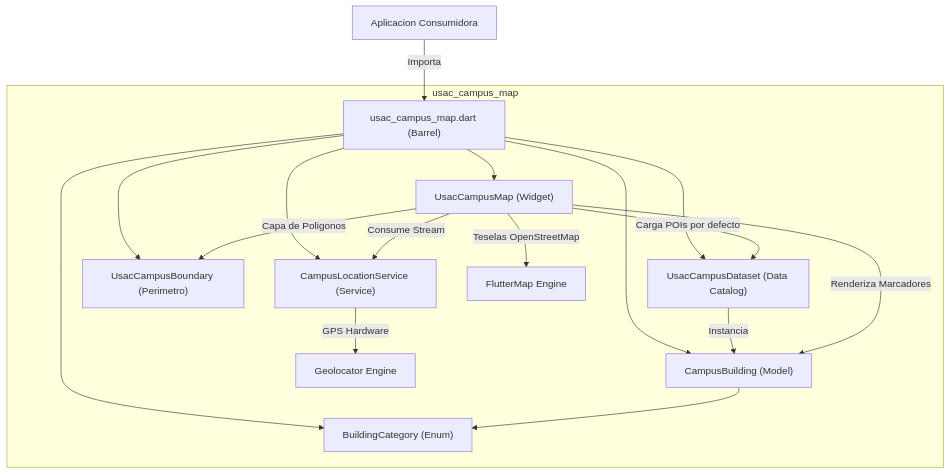
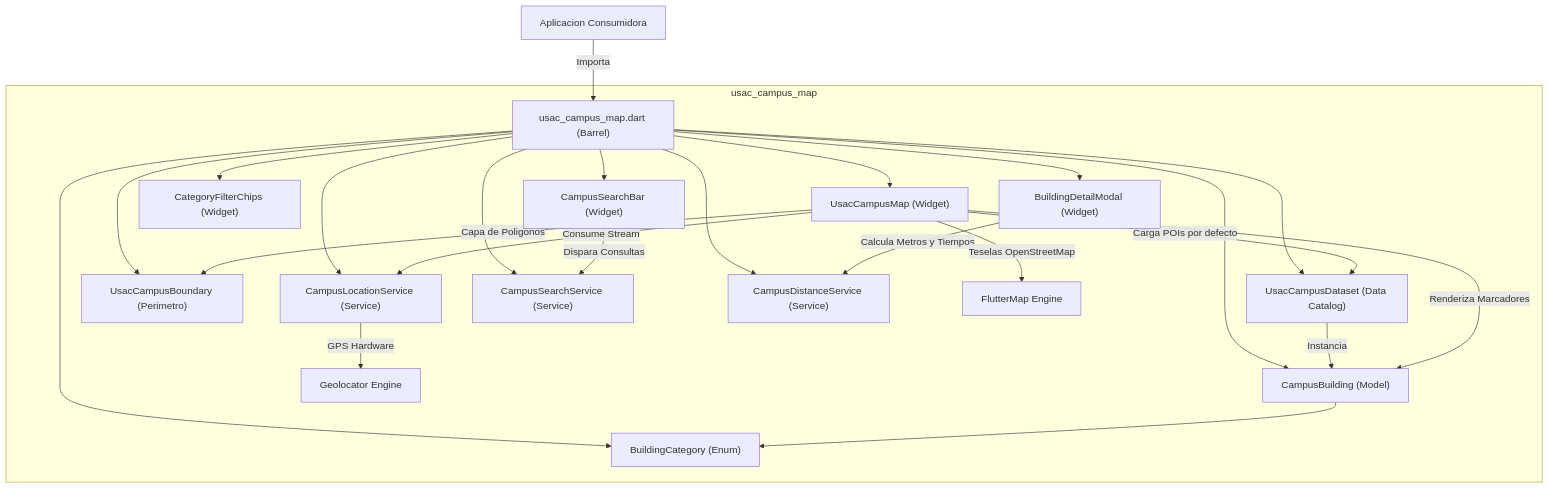
Before and after one commit to Trebol4Devop/usac_campus_map: the first of 3 diagrams in README.md, drawn with Mermaid. The commit also changed other lines of this file and 10 other files, not shown here.

Commit message:
feat(widgets): implement interactive map controls, search bar, category chips, and detail modal

````diff
--- a/README.md
+++ b/README.md
@@ -104,22 +104,29 @@
 ```mermaid
 graph TD
     ClientApp["Aplicacion Consumidora"] -->|Importa| Barrel["usac_campus_map.dart (Barrel)"]
     
     subgraph usac_campus_map
         Barrel --> UsacMapWidget["UsacCampusMap (Widget)"]
+        Barrel --> SearchBarWidget["CampusSearchBar (Widget)"]
+        Barrel --> ChipsWidget["CategoryFilterChips (Widget)"]
+        Barrel --> ModalWidget["BuildingDetailModal (Widget)"]
         Barrel --> BuildingModel["CampusBuilding (Model)"]
         Barrel --> CategoryEnum["BuildingCategory (Enum)"]
         Barrel --> Dataset["UsacCampusDataset (Data Catalog)"]
         Barrel --> Boundary["UsacCampusBoundary (Perimetro)"]
         Barrel --> LocationSvc["CampusLocationService (Service)"]
+        Barrel --> SearchSvc["CampusSearchService (Service)"]
+        Barrel --> DistanceSvc["CampusDistanceService (Service)"]
         
         UsacMapWidget -->|Consume Stream| LocationSvc
         UsacMapWidget -->|Carga POIs por defecto| Dataset
         UsacMapWidget -->|Capa de Poligonos| Boundary
         Dataset -->|Instancia| BuildingModel
         BuildingModel --> CategoryEnum
         UsacMapWidget -->|Renderiza Marcadores| BuildingModel
+        ModalWidget -->|Calcula Metros y Tiempos| DistanceSvc
+        SearchBarWidget -->|Dispara Consultas| SearchSvc
         LocationSvc -->|GPS Hardware| GeolocatorPlugin["Geolocator Engine"]
         UsacMapWidget -->|Teselas OpenStreetMap| FlutterMapEngine["FlutterMap Engine"]
     end
 ```
````
